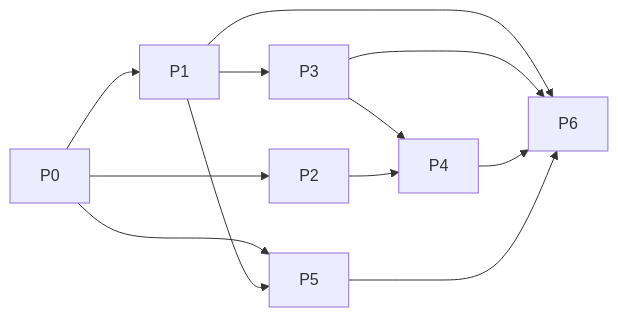
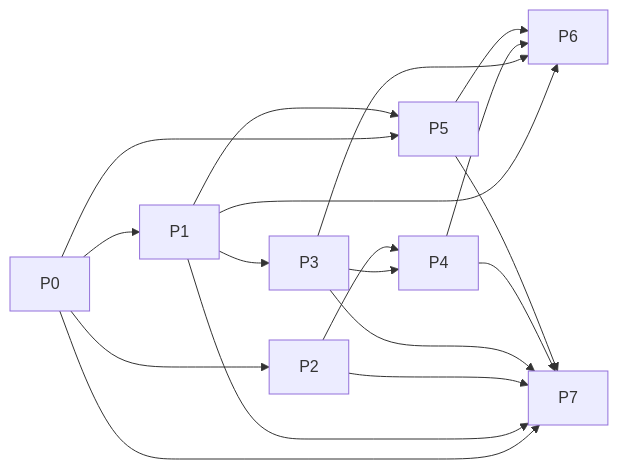
The diagram in Lending_Hub_Phase_Docs/00_MASTER_Implementation_Guide.md (Divanshu0212/AILendingHub), drawn with Mermaid before and after one commit. The commit also changed other lines of this file and 1 other file, not shown here.

````diff
--- a/Lending_Hub_Phase_Docs/00_MASTER_Implementation_Guide.md
+++ b/Lending_Hub_Phase_Docs/00_MASTER_Implementation_Guide.md
@@ -32,11 +33,17 @@
 ```mermaid
 flowchart LR
     P0 --> P1 --> P3 --> P4
     P0 --> P2 --> P4
     P0 --> P5
     P1 --> P5
     P1 --> P6
     P3 --> P6
     P4 --> P6
     P5 --> P6
+    P0 --> P7
+    P1 --> P7
+    P2 --> P7
+    P3 --> P7
+    P4 --> P7
+    P5 --> P7
 ```
````
